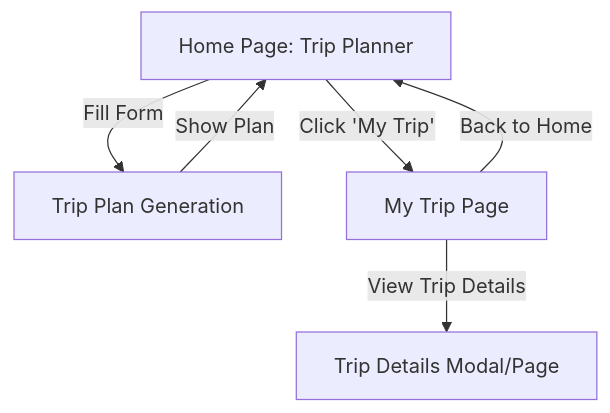
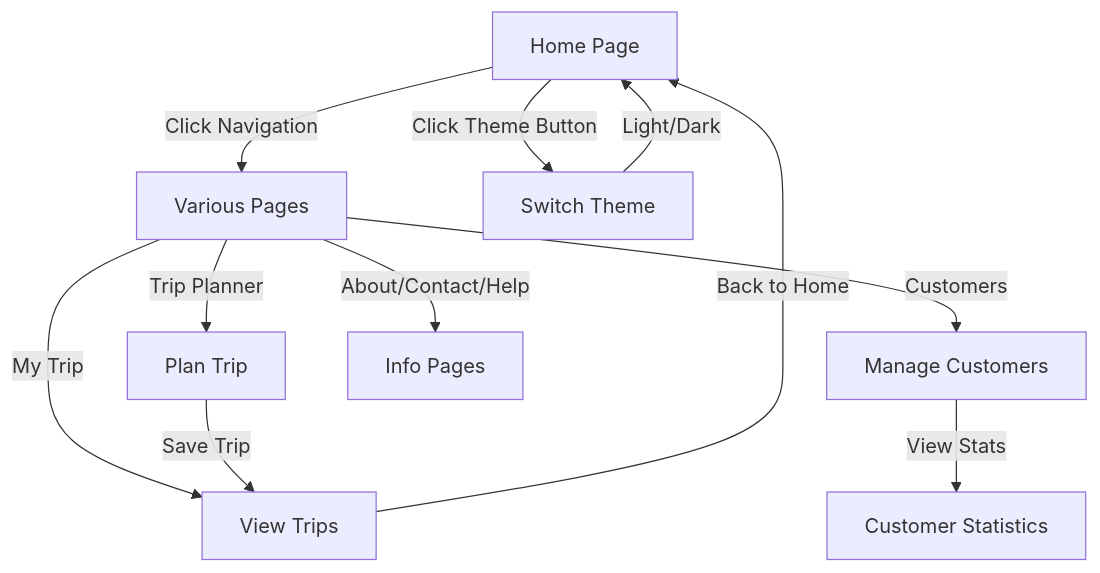
Before and after one commit to wu-web-camp/tiew-next: the diagram in README.md, drawn with Mermaid. The commit also changed other lines of this file and 3 other files, not shown here.

````diff
--- a/README.md
+++ b/README.md
@@ -55,10 +86,15 @@
 ```mermaid
 flowchart TD
-    A[Home Page: Trip Planner] -->|Fill Form| B[Trip Plan Generation]
-    B -->|Show Plan| A
-    A -->|Click 'My Trip'| C[My Trip Page]
-    C -->|View Trip Details| D[Trip Details Modal/Page]
-    C -->|Back to Home| A
+    A[Home Page] -->|Click Navigation| B[Various Pages]
+    B -->|Trip Planner| C[Plan Trip]
+    B -->|Customers| D[Manage Customers]
+    B -->|My Trip| E[View Trips]
+    B -->|About/Contact/Help| F[Info Pages]
+    C -->|Save Trip| E
+    D -->|View Stats| G[Customer Statistics]
+    E -->|Back to Home| A
+    A -->|Click Theme Button| H[Switch Theme]
+    H -->|Light/Dark| A
     %% UI Section
-    %% Backend (future): B
+    %% Backend (future): C, D, E
 ```
````
